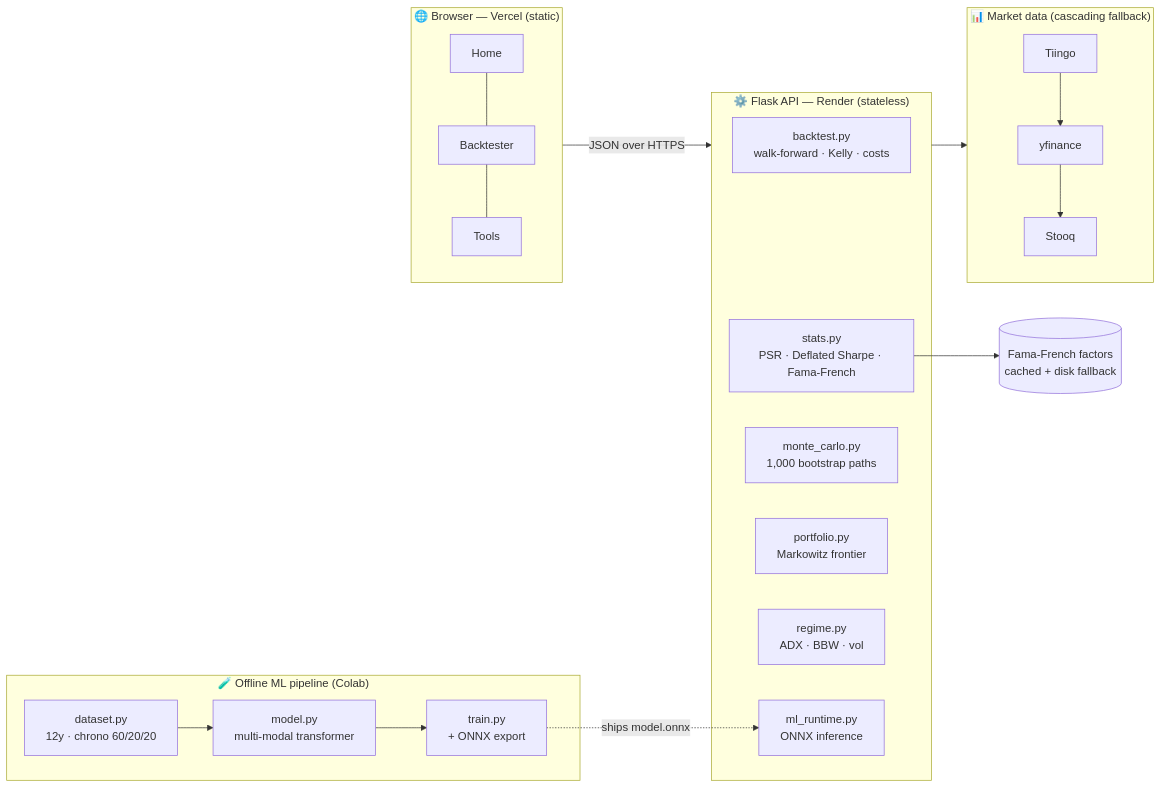
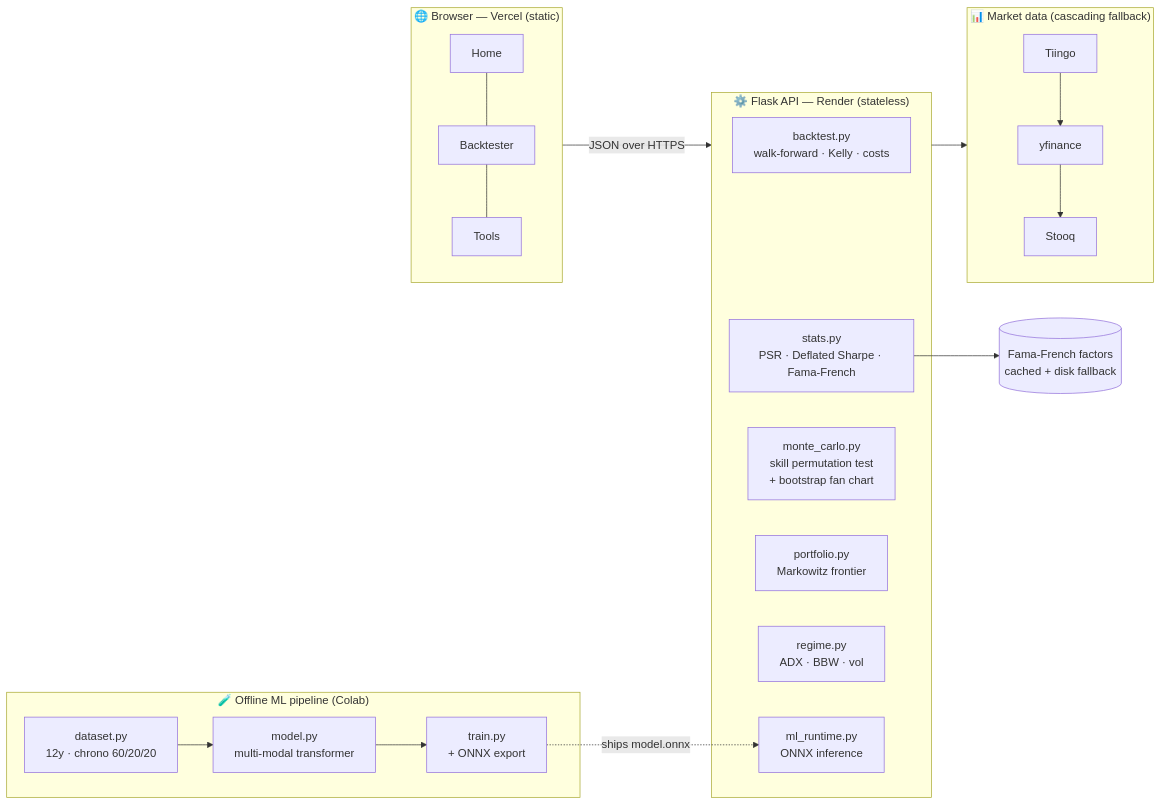
The diagram in README.md (Danny-397/Alphaglyph), drawn with Mermaid before and after one commit. The commit also changed other lines of this file and 5 other files, not shown here.

First line of the commit message:
Add real skill test (permutation), fix MC framing + UI honesty bugs

````diff
--- a/README.md
+++ b/README.md
@@ -197,28 +201,28 @@
 ```mermaid
 flowchart LR
     subgraph Client["🌐 Browser — Vercel (static)"]
         H[Home] --- B[Backtester] --- T[Tools]
     end
 
     subgraph API["⚙️ Flask API — Render (stateless)"]
         BT[backtest.py<br/>walk-forward · Kelly · costs]
         ST[stats.py<br/>PSR · Deflated Sharpe · Fama-French]
-        MC[monte_carlo.py<br/>1,000 bootstrap paths]
+        MC[monte_carlo.py<br/>skill permutation test<br/>+ bootstrap fan chart]
         PF[portfolio.py<br/>Markowitz frontier]
         RG[regime.py<br/>ADX · BBW · vol]
         ML[ml_runtime.py<br/>ONNX inference]
     end
 
     subgraph Data["📊 Market data (cascading fallback)"]
         TI[Tiingo] --> YF[yfinance] --> SQ[Stooq]
     end
 
     subgraph Offline["🧪 Offline ML pipeline (Colab)"]
         DS[dataset.py<br/>12y · chrono 60/20/20] --> MD[model.py<br/>multi-modal transformer] --> TR[train.py<br/>+ ONNX export]
     end
 
     Client -->|JSON over HTTPS| API
     API --> Data
     TR -.->|ships model.onnx| ML
     ST --> FF[(Fama-French factors<br/>cached + disk fallback)]
 ```
````
